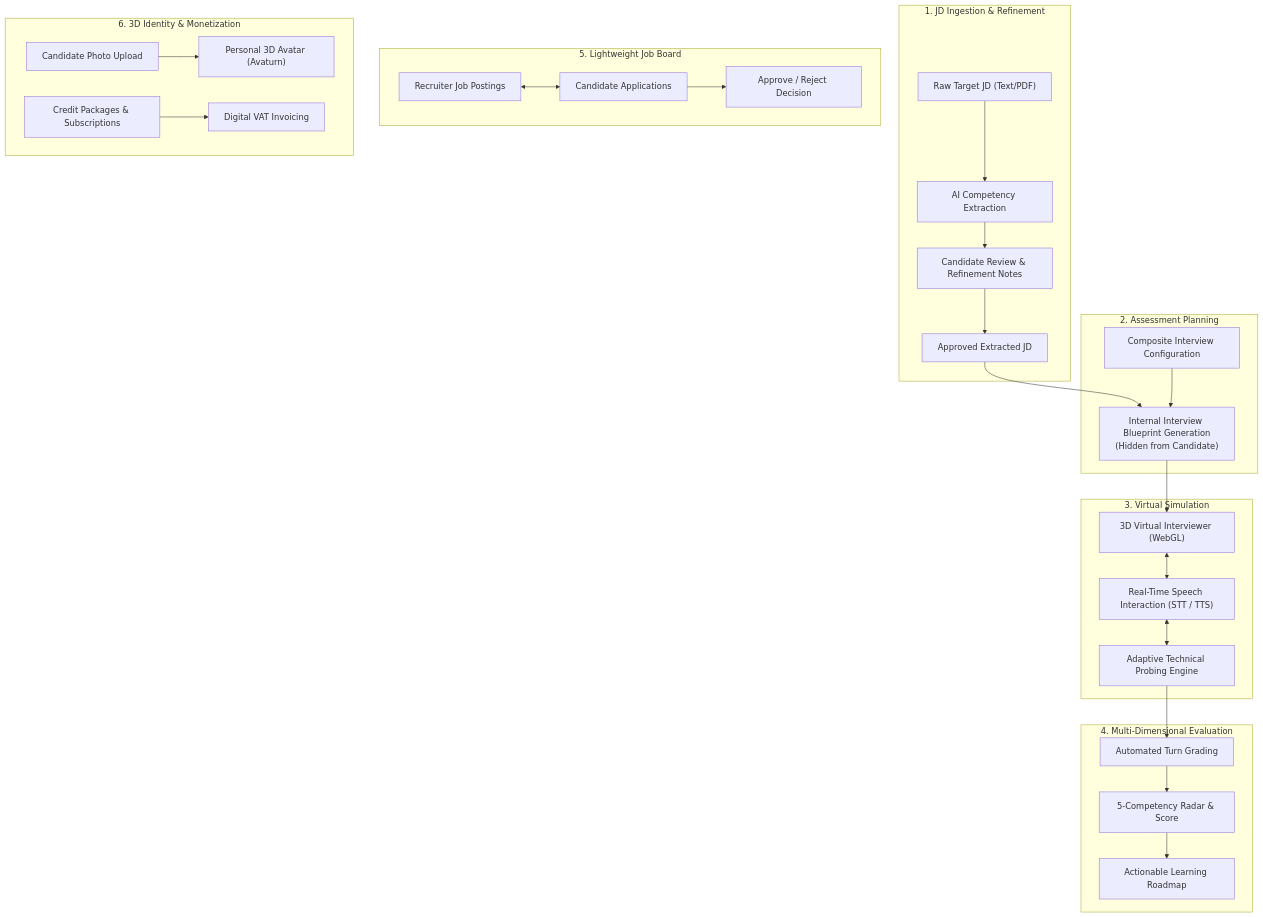
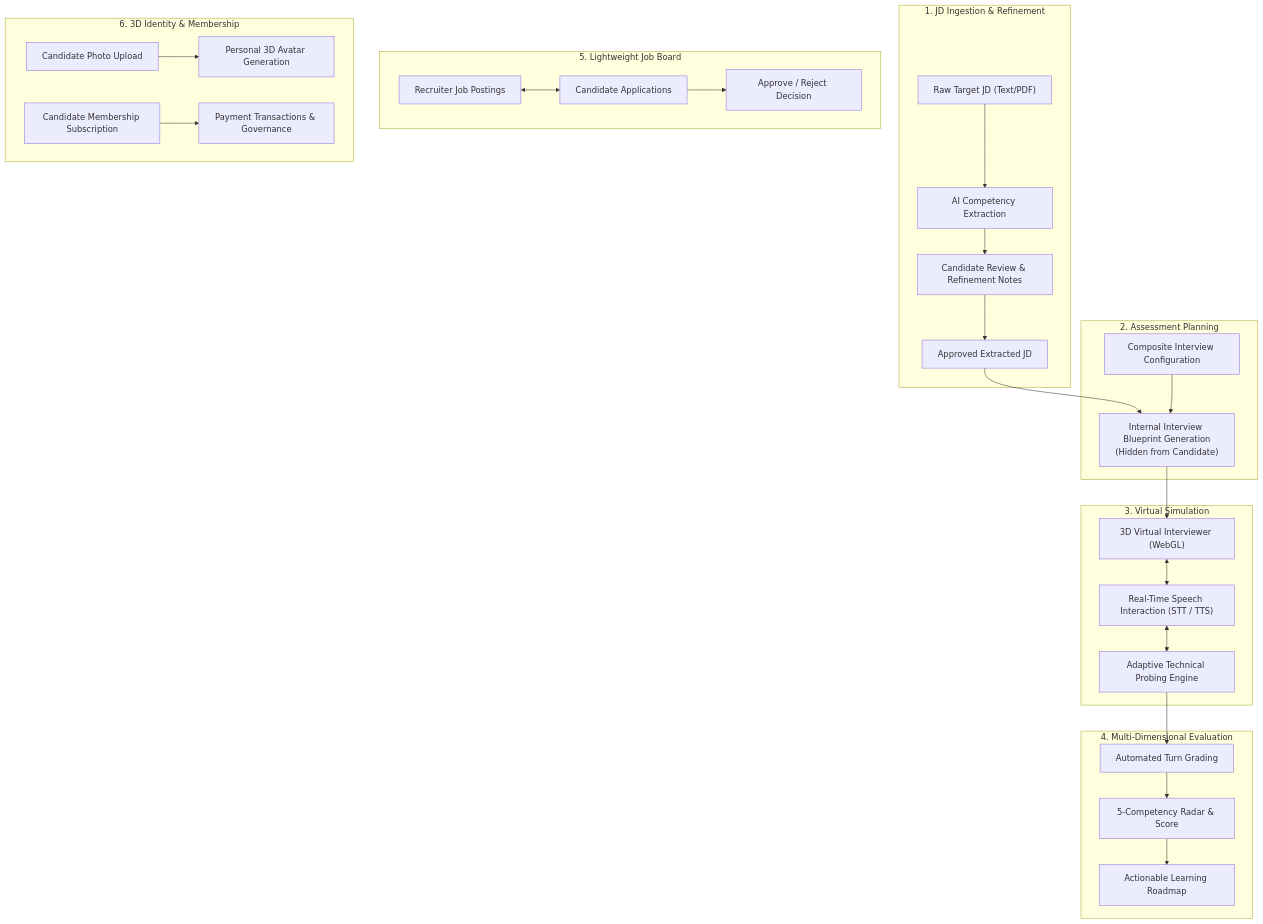
One commit to swp391-group3/ai-interview-practice-brain changed the diagram in 00_Project/Overview.md. Above: the diagram before and after it, drawn with Mermaid. The commit also changed other lines of this file and 17 other files, not shown here.

````diff
--- a/00_Project/Overview.md
+++ b/00_Project/Overview.md
@@ -65,35 +65,35 @@
 ```mermaid
 flowchart TD
     subgraph Ingestion["1. JD Ingestion & Refinement"]
         JD1["Raw Target JD (Text/PDF)"] --> JD2["AI Competency Extraction"]
         JD2 --> JD3["Candidate Review & Refinement Notes"]
         JD3 --> JD4["Approved Extracted JD"]
     end
 
     subgraph Planning["2. Assessment Planning"]
         JD4 --> BP1["Internal Interview Blueprint Generation<br/>(Hidden from Candidate)"]
         CFG["Composite Interview Configuration"] --> BP1
     end
 
     subgraph Simulation["3. Virtual Simulation"]
         BP1 --> SIM1["3D Virtual Interviewer (WebGL)"]
         SIM1 <--> SIM2["Real-Time Speech Interaction (STT / TTS)"]
         SIM2 <--> SIM3["Adaptive Technical Probing Engine"]
     end
 
     subgraph Evaluation["4. Multi-Dimensional Evaluation"]
         SIM3 --> EV1["Automated Turn Grading"]
         EV1 --> EV2["5-Competency Radar & Score"]
         EV2 --> EV3["Actionable Learning Roadmap"]
     end
 
     subgraph Board["5. Lightweight Job Board"]
         REC["Recruiter Job Postings"] <--> APP["Candidate Applications"]
         APP --> DEC["Approve / Reject Decision"]
     end
 
-    subgraph Identity["6. 3D Identity & Monetization"]
-        PHOTO["Candidate Photo Upload"] --> AVA["Personal 3D Avatar (Avaturn)"]
-        PAY["Credit Packages & Subscriptions"] --> INVOICE["Digital VAT Invoicing"]
+    subgraph Identity["6. 3D Identity & Membership"]
+        PHOTO["Candidate Photo Upload"] --> AVA["Personal 3D Avatar Generation"]
+        PAY["Candidate Membership Subscription"] --> TRANS["Payment Transactions & Governance"]
     end
 ```
````
